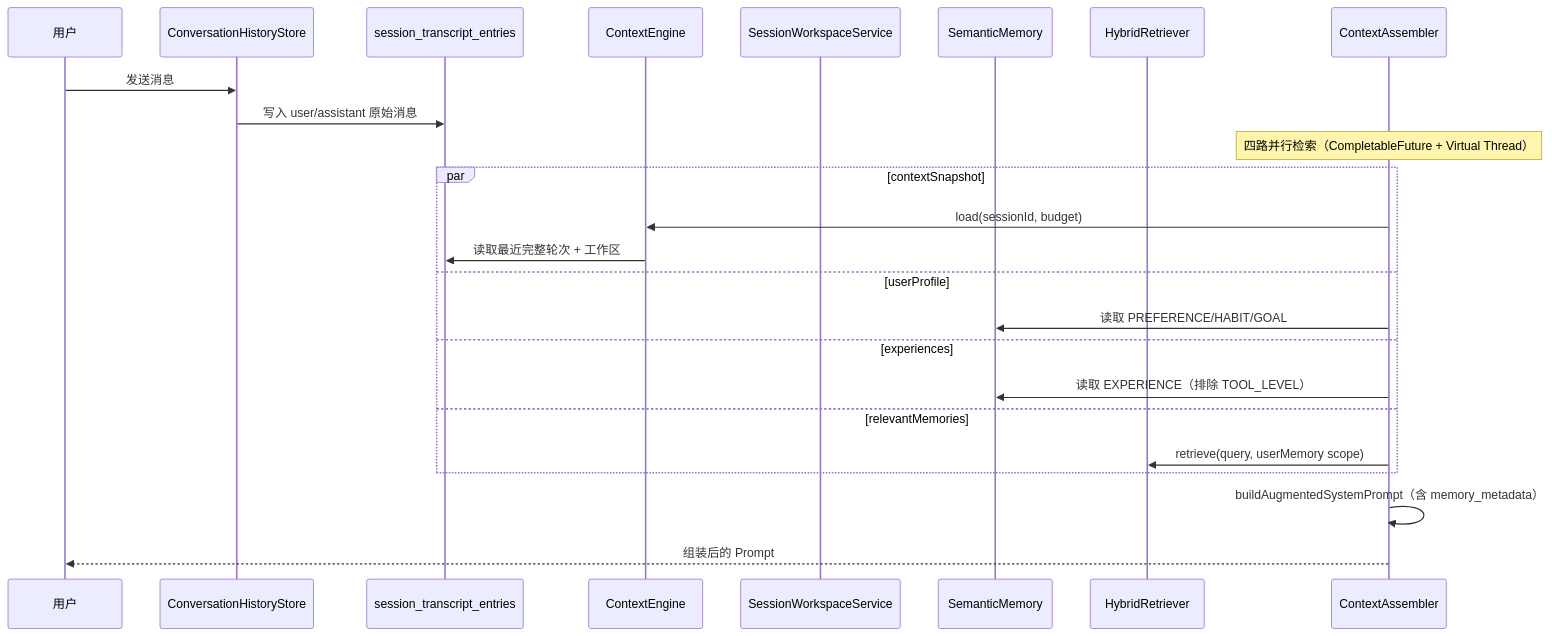
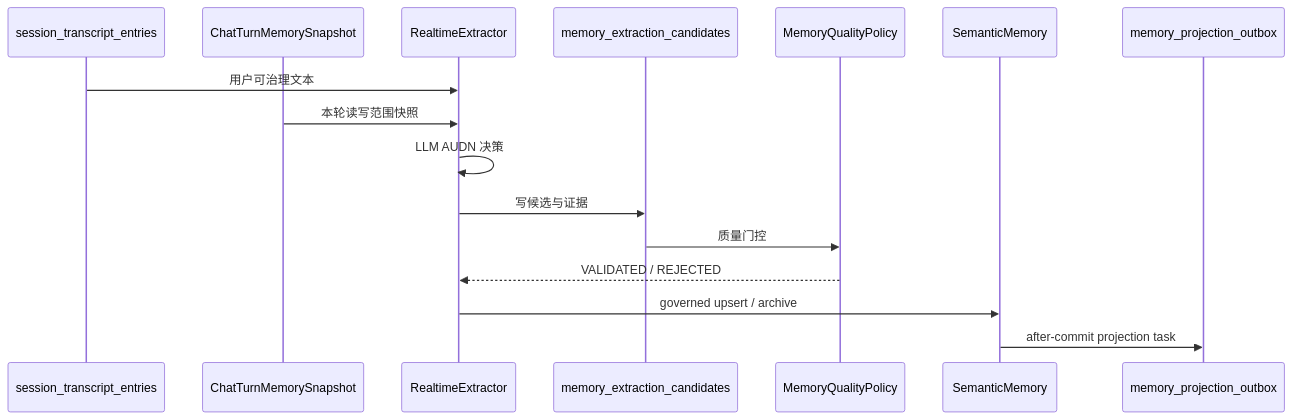
Before and after one commit to ntygod/LifePilot: the second of 2 diagrams in docs/architecture/memory-system.md, drawn with Mermaid. The commit also changed other lines of this file and 385 other files, not shown here.

````diff
--- a/docs/architecture/memory-system.md
+++ b/docs/architecture/memory-system.md
@@ -189,27 +276,19 @@
 ```mermaid
 sequenceDiagram
-    participant U as 用户
-    participant CHS as ConversationHistoryStore
-    participant DB as session_transcript_entries
-    participant CE as ContextEngine
-    participant SWS as SessionWorkspaceService
-    participant SM as SemanticMemory
-    participant HR as HybridRetriever
-    participant CA as ContextAssembler
+    participant T as session_transcript_entries
+    participant S as ChatTurnMemorySnapshot
+    participant R as RealtimeExtractor
+    participant C as memory_extraction_candidates
+    participant Q as MemoryQualityPolicy
+    participant M as SemanticMemory
+    participant O as memory_projection_outbox
 
-    U->>CHS: 发送消息
-    CHS->>DB: 写入 user/assistant 原始消息
-    Note over CA: 四路并行检索（CompletableFuture + Virtual Thread）
-    par contextSnapshot
-        CA->>CE: load(sessionId, budget)
-        CE->>DB: 读取最近完整轮次 + 工作区
-    and userProfile
-        CA->>SM: 读取 PREFERENCE/HABIT/GOAL
-    and experiences
-        CA->>SM: 读取 EXPERIENCE（排除 TOOL_LEVEL）
-    and relevantMemories
-        CA->>HR: retrieve(query, userMemory scope)
-    end
-    CA->>CA: buildAugmentedSystemPrompt（含 memory_metadata）
-    CA-->>U: 组装后的 Prompt
+    T->>R: 用户可治理文本
+    S->>R: 本轮读写范围快照
+    R->>R: LLM AUDN 决策
+    R->>C: 写候选与证据
+    C->>Q: 质量门控
+    Q-->>R: VALIDATED / REJECTED
+    R->>M: governed upsert / archive
+    M->>O: after-commit projection task
 ```
````
